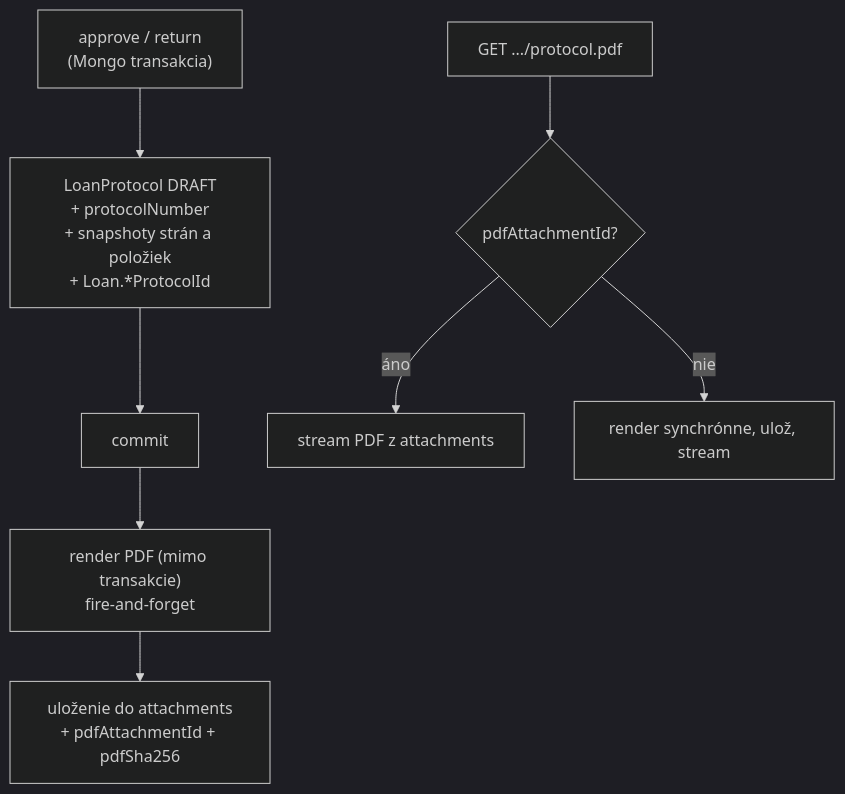
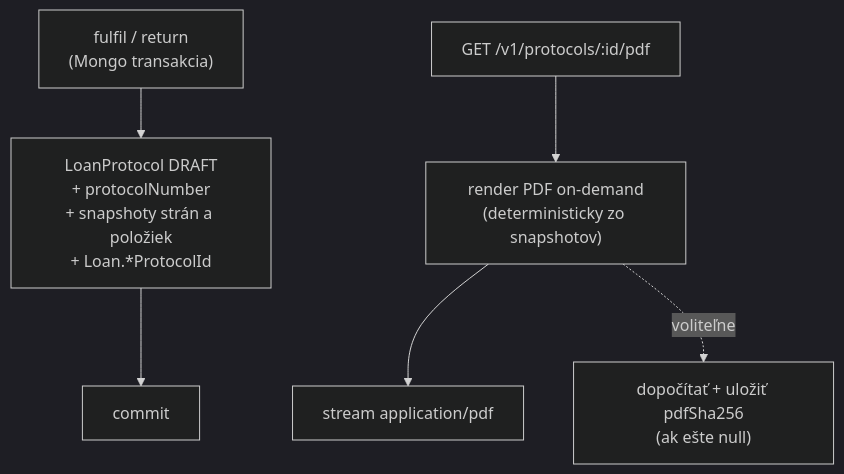
The diagram in docs/decisions/0022-loan-protocol-pdf.md (ltksolutions/inventario), drawn with Mermaid (dark theme) before and after one commit. The commit also changed other lines of this file and 3 other files, not shown here.

Commit message:
docs(decisions): Vlna 2 — ADR-0022 revízia (on-demand PDF bez ukladania) → Accepted

````diff
--- a/docs/decisions/0022-loan-protocol-pdf.md
+++ b/docs/decisions/0022-loan-protocol-pdf.md
@@ -175,10 +194,8 @@
 ```mermaid
 flowchart TD
-    AP["approve / return<br/>(Mongo transakcia)"] --> RC["LoanProtocol DRAFT<br/>+ protocolNumber<br/>+ snapshoty strán a položiek<br/>+ Loan.*ProtocolId"]
+    FF["fulfil / return<br/>(Mongo transakcia)"] --> RC["LoanProtocol DRAFT<br/>+ protocolNumber<br/>+ snapshoty strán a položiek<br/>+ Loan.*ProtocolId"]
     RC --> CM["commit"]
-    CM --> RN["render PDF (mimo transakcie)<br/>fire-and-forget"]
-    RN --> ST["uloženie do attachments<br/>+ pdfAttachmentId + pdfSha256"]
-    DL["GET .../protocol.pdf"] --> CK{pdfAttachmentId?}
-    CK -- áno --> SV["stream PDF z attachments"]
-    CK -- nie --> RG["render synchrónne, ulož, stream"]
+    DL["GET /v1/protocols/:id/pdf"] --> RN["render PDF on-demand<br/>(deterministicky zo snapshotov)"]
+    RN --> SV["stream application/pdf"]
+    RN -.voliteľne.-> SH["dopočítať + uložiť pdfSha256<br/>(ak ešte null)"]
 ```
````
